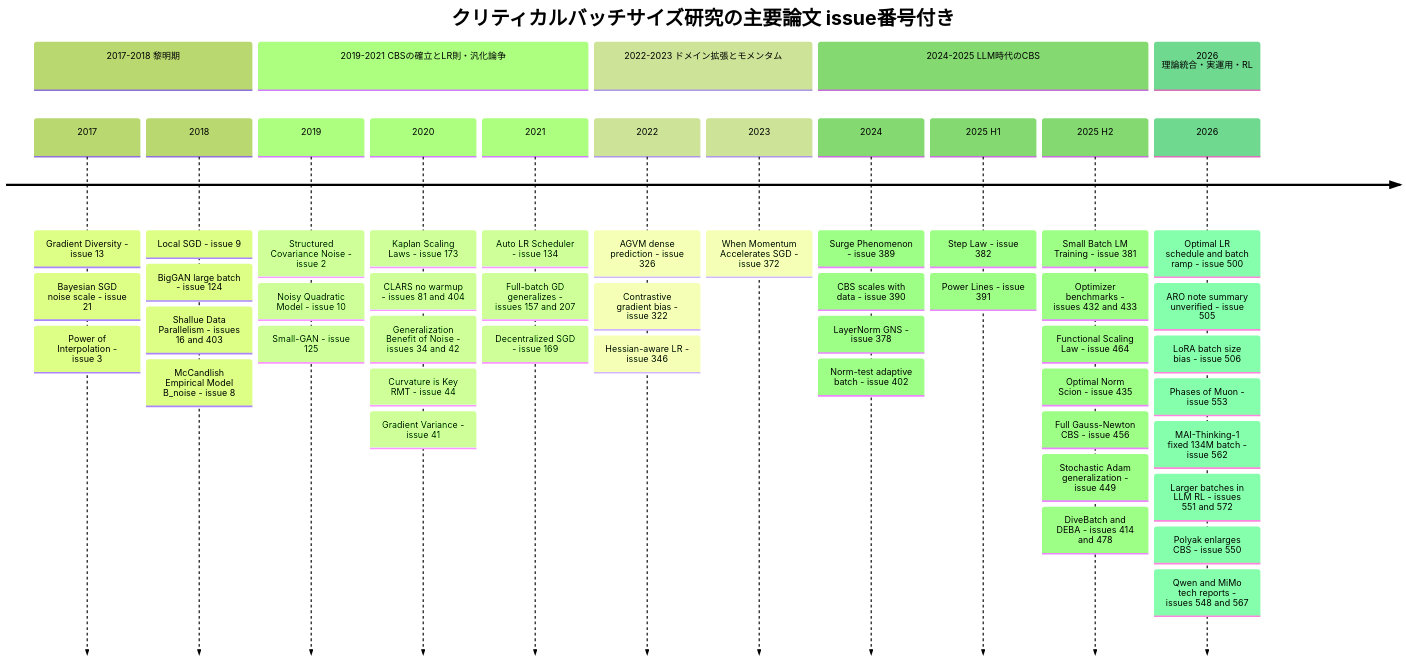
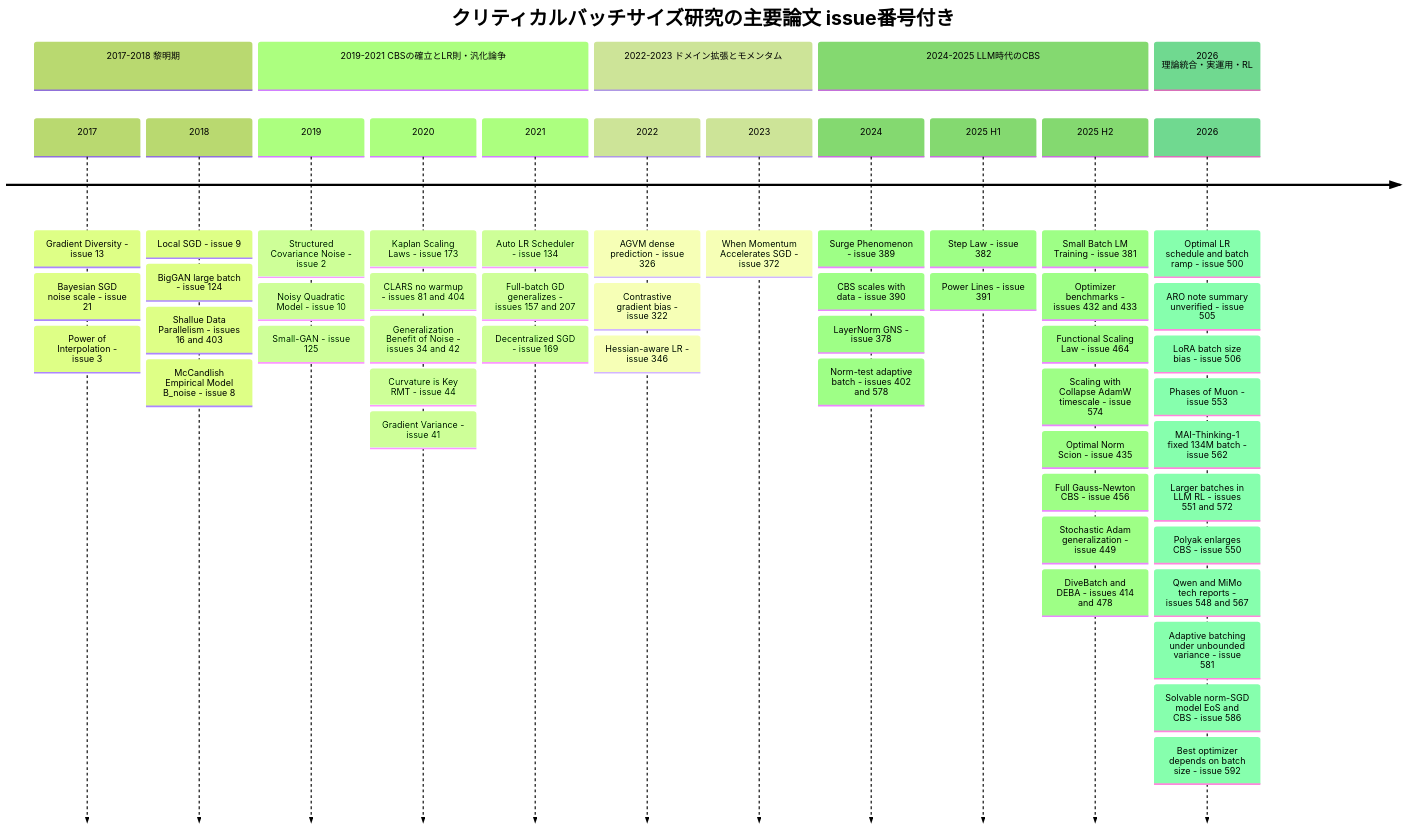
The diagram in docs/practical_optimization/01_critical_batch_size.md (Hiroki11x/Papers), drawn with Mermaid (forest theme) before and after one commit. The commit also changed other lines of this file and 20 other files, not shown here.

````diff
--- a/docs/practical_optimization/01_critical_batch_size.md
+++ b/docs/practical_optimization/01_critical_batch_size.md
@@ -230,52 +234,56 @@
 ```mermaid
 timeline
     title クリティカルバッチサイズ研究の主要論文 issue番号付き
     section 2017-2018 黎明期
         2017 : Gradient Diversity - issue 13
              : Bayesian SGD noise scale - issue 21
              : Power of Interpolation - issue 3
         2018 : Local SGD - issue 9
              : BigGAN large batch - issue 124
              : Shallue Data Parallelism - issues 16 and 403
              : McCandlish Empirical Model B_noise - issue 8
     section 2019-2021 CBSの確立とLR則・汎化論争
         2019 : Structured Covariance Noise - issue 2
              : Noisy Quadratic Model - issue 10
              : Small-GAN - issue 125
         2020 : Kaplan Scaling Laws - issue 173
              : CLARS no warmup - issues 81 and 404
              : Generalization Benefit of Noise - issues 34 and 42
              : Curvature is Key RMT - issue 44
              : Gradient Variance - issue 41
         2021 : Auto LR Scheduler - issue 134
              : Full-batch GD generalizes - issues 157 and 207
              : Decentralized SGD - issue 169
     section 2022-2023 ドメイン拡張とモメンタム
         2022 : AGVM dense prediction - issue 326
              : Contrastive gradient bias - issue 322
              : Hessian-aware LR - issue 346
         2023 : When Momentum Accelerates SGD - issue 372
     section 2024-2025 LLM時代のCBS
         2024 : Surge Phenomenon - issue 389
              : CBS scales with data - issue 390
              : LayerNorm GNS - issue 378
-             : Norm-test adaptive batch - issue 402
+             : Norm-test adaptive batch - issues 402 and 578
         2025 H1 : Step Law - issue 382
                 : Power Lines - issue 391
         2025 H2 : Small Batch LM Training - issue 381
                 : Optimizer benchmarks - issues 432 and 433
                 : Functional Scaling Law - issue 464
+                : Scaling with Collapse AdamW timescale - issue 574
                 : Optimal Norm Scion - issue 435
                 : Full Gauss-Newton CBS - issue 456
                 : Stochastic Adam generalization - issue 449
                 : DiveBatch and DEBA - issues 414 and 478
     section 2026 理論統合・実運用・RL
         2026 : Optimal LR schedule and batch ramp - issue 500
              : ARO note summary unverified - issue 505
              : LoRA batch size bias - issue 506
              : Phases of Muon - issue 553
              : MAI-Thinking-1 fixed 134M batch - issue 562
              : Larger batches in LLM RL - issues 551 and 572
              : Polyak enlarges CBS - issue 550
              : Qwen and MiMo tech reports - issues 548 and 567
+             : Adaptive batching under unbounded variance - issue 581
+             : Solvable norm-SGD model EoS and CBS - issue 586
+             : Best optimizer depends on batch size - issue 592
 ```
````
